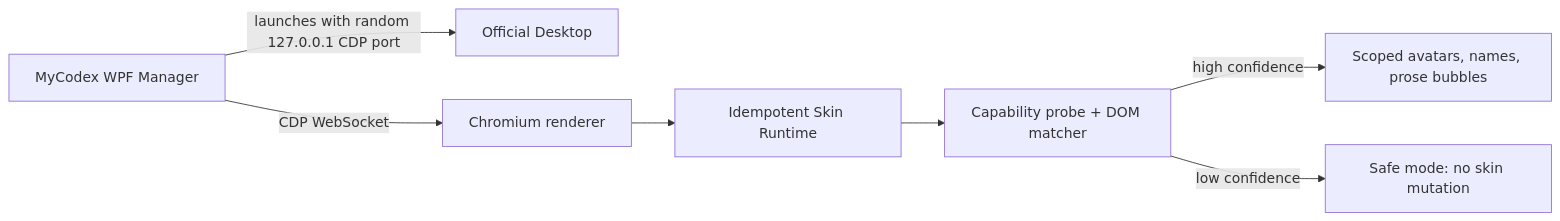
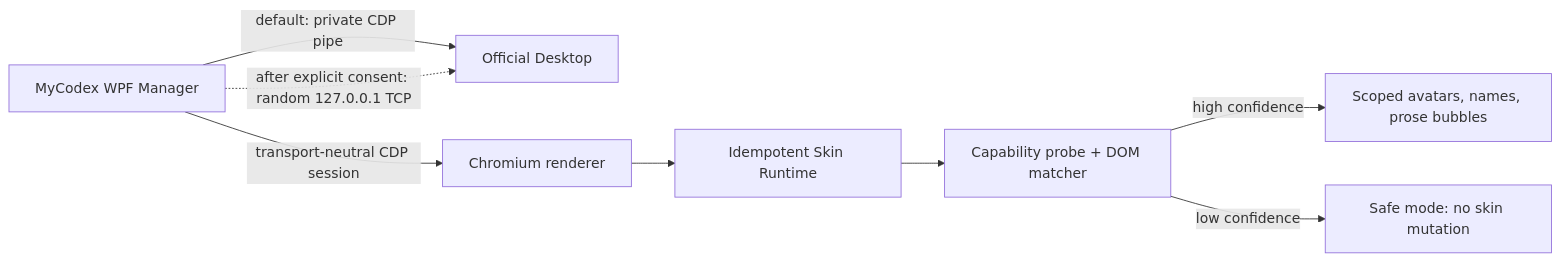
Before and after one commit to crikok0721/MyCO: the first of 2 diagrams in README.en-US.md, drawn with Mermaid. The commit also changed other lines of this file and 59 other files, not shown here.

````diff
--- a/README.en-US.md
+++ b/README.en-US.md
@@ -40,9 +40,10 @@
 ```mermaid
 flowchart LR
-  M["MyCodex WPF Manager"] -->|"launches with random 127.0.0.1 CDP port"| D["Official Desktop"]
-  M -->|"CDP WebSocket"| R["Chromium renderer"]
+  M["MyCodex WPF Manager"] -->|"default: private CDP pipe"| D["Official Desktop"]
+  M -. "after explicit consent: random 127.0.0.1 TCP" .-> D
+  M -->|"transport-neutral CDP session"| R["Chromium renderer"]
   R --> I["Idempotent Skin Runtime"]
   I --> P["Capability probe + DOM matcher"]
   P -->|"high confidence"| S["Scoped avatars, names, prose bubbles"]
   P -->|"low confidence"| F["Safe mode: no skin mutation"]
 ```
````
